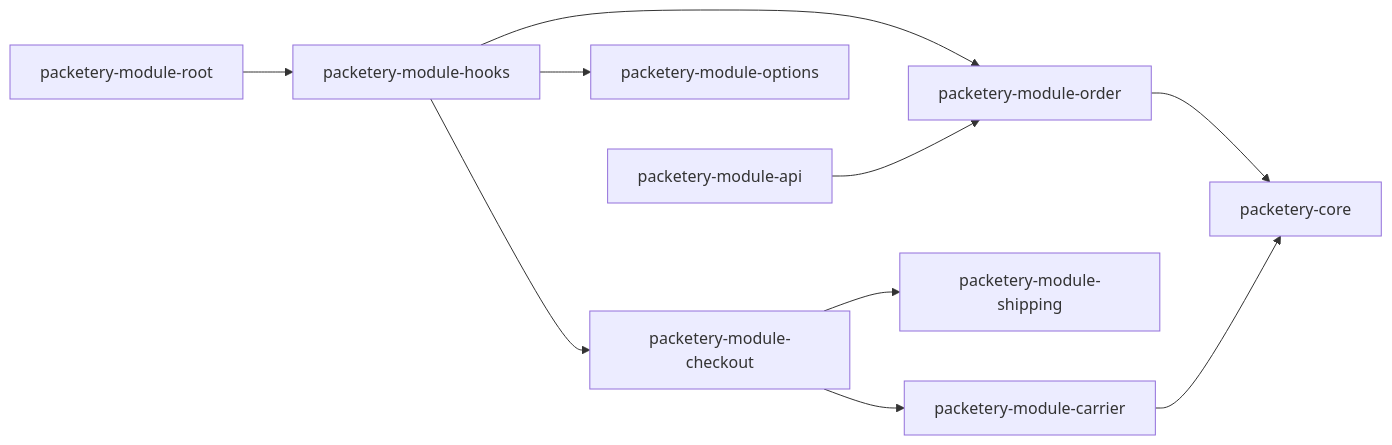
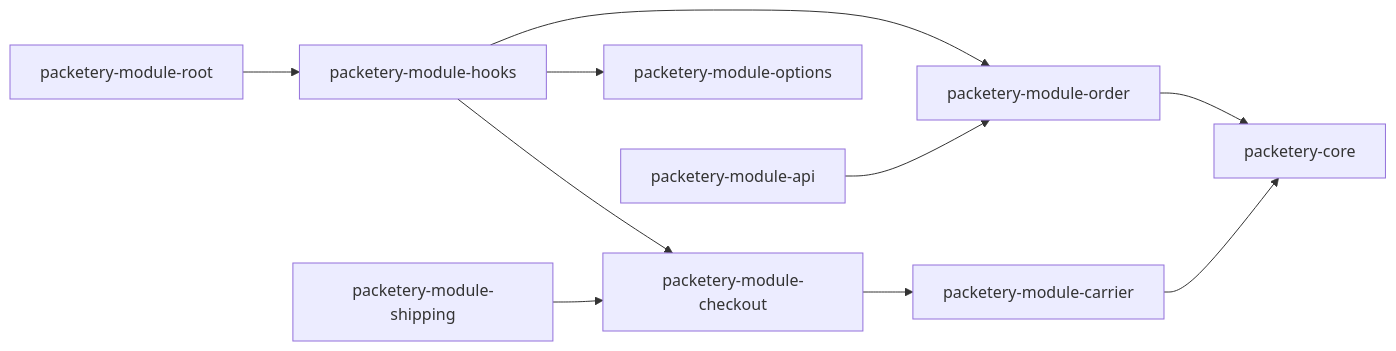
One commit to Zasilkovna/WooCommerce changed the diagram in ai-docs/architecture.md. Above: the diagram before and after it, drawn with Mermaid. The commit also changed 3 other files, not shown here.

````diff
--- a/ai-docs/architecture.md
+++ b/ai-docs/architecture.md
@@ -22,12 +22,12 @@
 ```mermaid
 graph LR
   hooks[packetery-module-hooks] --> checkout[packetery-module-checkout]
   hooks --> order[packetery-module-order]
   hooks --> options[packetery-module-options]
-  checkout --> shipping[packetery-module-shipping]
+  shipping[packetery-module-shipping] --> checkout
   checkout --> carrier[packetery-module-carrier]
   order --> core[packetery-core]
   carrier --> core
   api[packetery-module-api] --> order
   root[packetery-module-root] --> hooks
 ```
````
